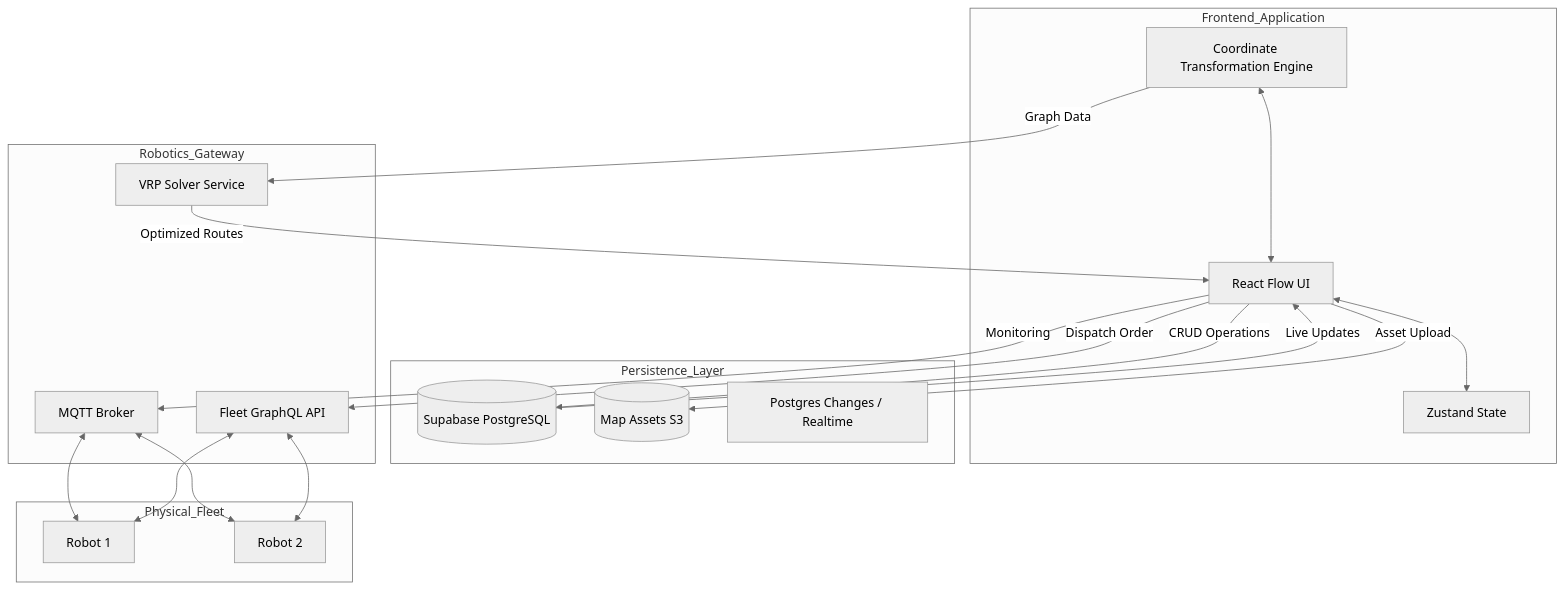
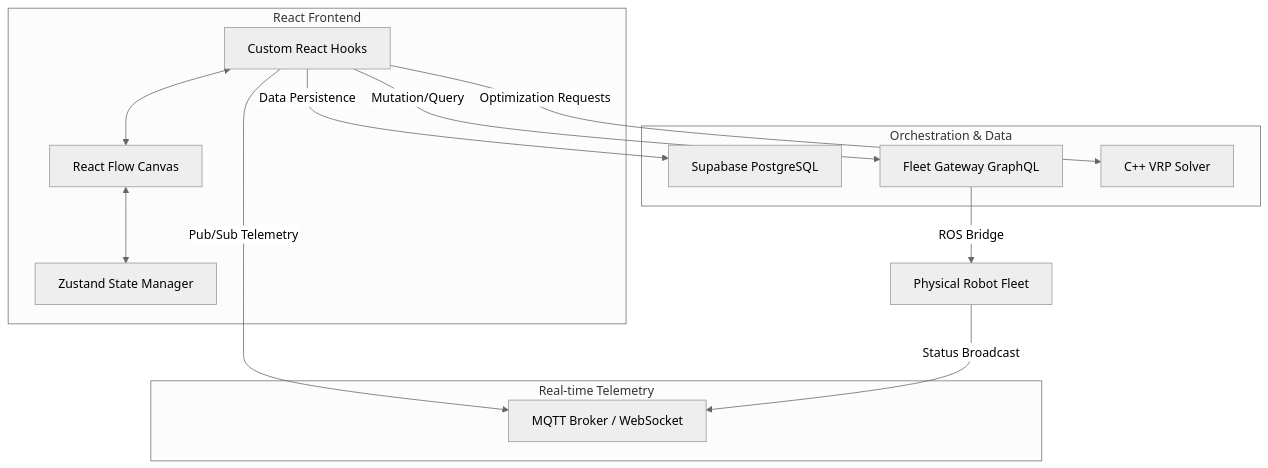
Before and after one commit to Thadzy/Lertvilai-Fleet-Frontend: the diagram in README.md, drawn with Mermaid (neutral theme). The commit also changed other lines of this file, not shown here.

Commit message:
feat(README): update project overview and system architecture for clarity and detail

````diff
--- a/README.md
+++ b/README.md
@@ -34,41 +11,29 @@
 ```mermaid
 graph TD
-    subgraph Frontend_Application
-        UI[React Flow UI]
-        Store[Zustand State]
-        Logic[Coordinate Transformation Engine]
+    subgraph Client_Side [React Frontend]
+        UI[React Flow Canvas]
+        Store[Zustand State Manager]
+        Hooks[Custom React Hooks]
     end
 
-    subgraph Persistence_Layer
-        DB[(Supabase PostgreSQL)]
-        Storage[(Map Assets S3)]
-        Realtime[Postgres Changes / Realtime]
+    subgraph Telemetry_Layer [Real-time Telemetry]
+        MQTT[MQTT Broker / WebSocket]
     end
 
-    subgraph Robotics_Gateway
-        GQL[Fleet GraphQL API]
-        MQTT[MQTT Broker]
-        Solver[VRP Solver Service]
-    end
-
-    subgraph Physical_Fleet
-        R1[Robot 1]
-        R2[Robot 2]
+    subgraph Backend_Services [Orchestration & Data]
+        Supabase[Supabase PostgreSQL]
+        Gateway[Fleet Gateway GraphQL]
+        VRP[C++ VRP Solver]
     end
 
     UI <--> Store
-    Logic <--> UI
-    UI -- CRUD Operations --> DB
-    UI -- Asset Upload --> Storage
-    DB -- Live Updates --> UI
+    Hooks <--> UI
     
-    UI -- Dispatch Order --> GQL
-    UI -- Monitoring --> MQTT
-    Logic -- Graph Data --> Solver
-    Solver -- Optimized Routes --> UI
+    Hooks -- "Pub/Sub Telemetry" --> MQTT
+    Hooks -- "Mutation/Query" --> Gateway
+    Hooks -- "Optimization Requests" --> VRP
+    Hooks -- "Data Persistence" --> Supabase
     
-    MQTT <--> R1
-    MQTT <--> R2
-    GQL <--> R1
-    GQL <--> R2
+    Gateway -- "ROS Bridge" --> Robots[Physical Robot Fleet]
+    Robots -- "Status Broadcast" --> MQTT
 ```
````
